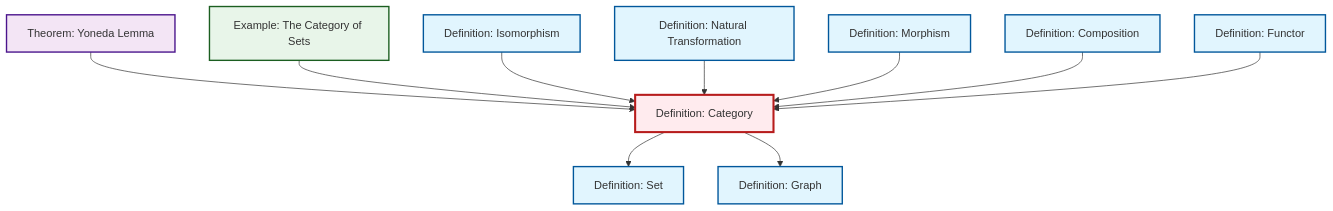
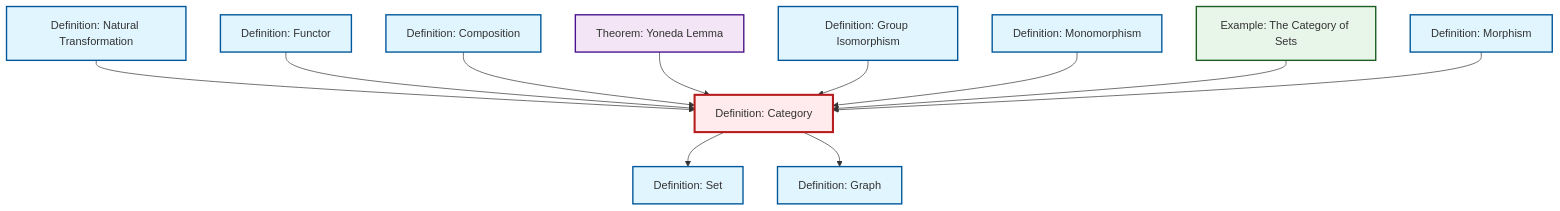
Before and after one commit to RK0429/ModernMath: the diagram in content/en/category-theory/def-category.qmd, drawn with Mermaid. The commit also changed 581 other files, not shown here.

````diff
--- a/content/en/category-theory/def-category.qmd
+++ b/content/en/category-theory/def-category.qmd
@@ -47,38 +47,41 @@
 ```{mermaid}
 %%| fig-cap: "Local dependency graph"
 graph TD
     classDef definition fill:#e1f5fe,stroke:#01579b,stroke-width:2px
     classDef theorem fill:#f3e5f5,stroke:#4a148c,stroke-width:2px
     classDef axiom fill:#fff3e0,stroke:#e65100,stroke-width:2px
     classDef example fill:#e8f5e9,stroke:#1b5e20,stroke-width:2px
     classDef current fill:#ffebee,stroke:#b71c1c,stroke-width:3px
+    ex-set-category["Example: The Category of Sets"]:::example
+    def-graph["Definition: Graph"]:::definition
+    thm-yoneda["Theorem: Yoneda Lemma"]:::theorem
+    def-morphism["Definition: Morphism"]:::definition
+    def-category["Definition: Category"]:::definition
+    def-monomorphism["Definition: Monomorphism"]:::definition
+    def-natural-transformation["Definition: Natural Transformation"]:::definition
+    def-isomorphism["Definition: Group Isomorphism"]:::definition
+    def-composition["Definition: Composition"]:::definition
+    def-set["Definition: Set"]:::definition
     def-functor["Definition: Functor"]:::definition
-    ex-set-category["Example: The Category of Sets"]:::example
-    def-category["Definition: Category"]:::definition
-    def-natural-transformation["Definition: Natural Transformation"]:::definition
-    thm-yoneda["Theorem: Yoneda Lemma"]:::theorem
-    def-set["Definition: Set"]:::definition
-    def-composition["Definition: Composition"]:::definition
-    def-isomorphism["Definition: Isomorphism"]:::definition
-    def-morphism["Definition: Morphism"]:::definition
-    def-graph["Definition: Graph"]:::definition
+    def-natural-transformation --> def-category
+    def-functor --> def-category
+    def-composition --> def-category
+    def-category --> def-set
     thm-yoneda --> def-category
+    def-category --> def-graph
+    def-isomorphism --> def-category
+    def-monomorphism --> def-category
     ex-set-category --> def-category
-    def-category --> def-set
-    def-isomorphism --> def-category
-    def-natural-transformation --> def-category
     def-morphism --> def-category
-    def-composition --> def-category
-    def-functor --> def-category
-    def-category --> def-graph
     class def-category current
+    click ex-set-category "ex-set-category.html" "Go to The Category of Sets example"
+    click def-graph "def-graph.html" "Go to Graph definition"
+    click thm-yoneda "thm-yoneda.html" "Go to Yoneda Lemma theorem"
+    click def-morphism "def-morphism.html" "Go to Morphism definition"
+    click def-monomorphism "def-monomorphism.html" "Go to Monomorphism definition"
+    click def-natural-transformation "def-natural-transformation.html" "Go to Natural Transformation definition"
+    click def-isomorphism "def-isomorphism.html" "Go to Group Isomorphism definition"
+    click def-composition "def-composition.html" "Go to Composition definition"
+    click def-set "def-set.html" "Go to Set definition"
     click def-functor "def-functor.html" "Go to Functor definition"
-    click ex-set-category "ex-set-category.html" "Go to The Category of Sets example"
-    click def-natural-transformation "def-natural-transformation.html" "Go to Natural Transformation definition"
-    click thm-yoneda "thm-yoneda.html" "Go to Yoneda Lemma theorem"
-    click def-set "def-set.html" "Go to Set definition"
-    click def-composition "def-composition.html" "Go to Composition definition"
-    click def-isomorphism "def-isomorphism.html" "Go to Isomorphism definition"
-    click def-morphism "def-morphism.html" "Go to Morphism definition"
-    click def-graph "def-graph.html" "Go to Graph definition"
 ```
````
